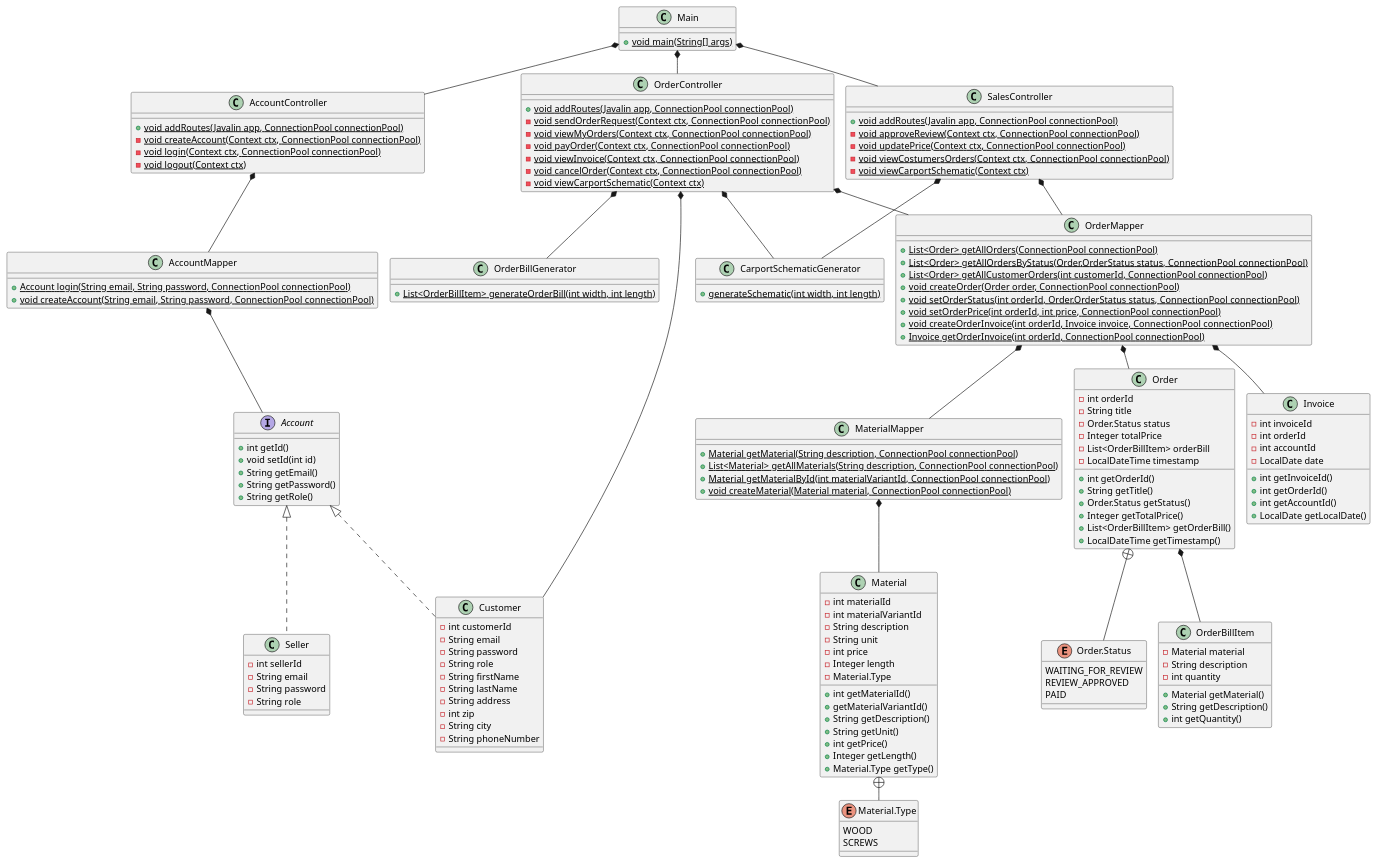
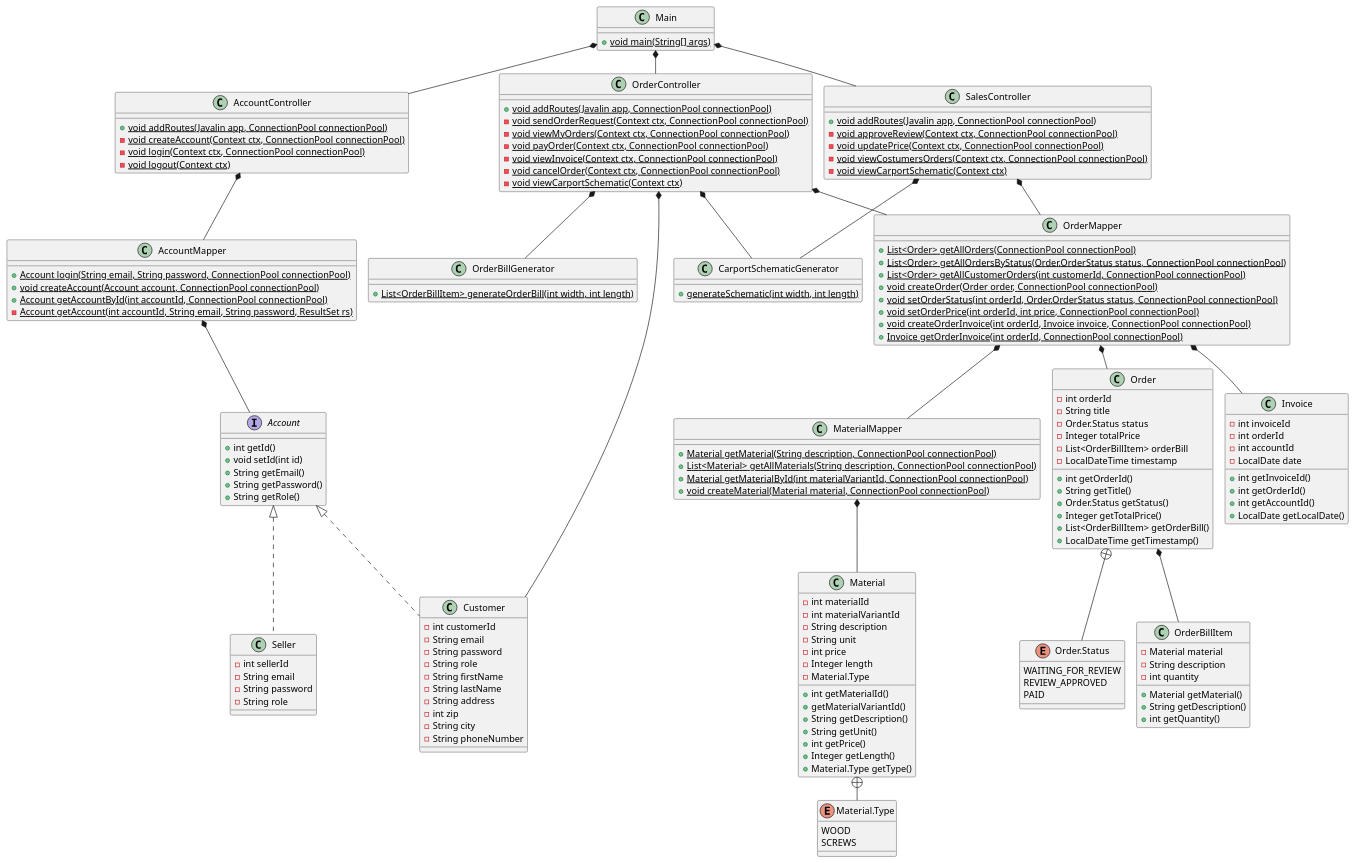
Before and after one commit to Shiihon/Dat2_Carport: the diagram in doc/static/class_diagrams/class_diagram1.puml, drawn with PlantUML.

Commit message:
Update class diagram

```diff
--- a/doc/static/class_diagrams/class_diagram1.puml
+++ b/doc/static/class_diagrams/class_diagram1.puml
@@ -1,185 +1,187 @@
 @startuml
 'https://plantuml.com/class-diagram
 !pragma layout smetana
 set separator none
 
 class Main {
     + {static} void main(String[] args)
 }
 
 class AccountController {
     + {static} void addRoutes(Javalin app, ConnectionPool connectionPool)
     - {static} void createAccount(Context ctx, ConnectionPool connectionPool)
     - {static} void login(Context ctx, ConnectionPool connectionPool)
     - {static} void logout(Context ctx)
 }
 
 class SalesController {
     + {static} void addRoutes(Javalin app, ConnectionPool connectionPool)
     - {static} void approveReview(Context ctx, ConnectionPool connectionPool)
     - {static} void updatePrice(Context ctx, ConnectionPool connectionPool)
     - {static} void viewCostumersOrders(Context ctx, ConnectionPool connectionPool)
     - {static} void viewCarportSchematic(Context ctx)
 }
 
 class OrderController {
     + {static} void addRoutes(Javalin app, ConnectionPool connectionPool)
     - {static} void sendOrderRequest(Context ctx, ConnectionPool connectionPool)
     - {static} void viewMyOrders(Context ctx, ConnectionPool connectionPool)
     - {static} void payOrder(Context ctx, ConnectionPool connectionPool)
     - {static} void viewInvoice(Context ctx, ConnectionPool connectionPool)
     - {static} void cancelOrder(Context ctx, ConnectionPool connectionPool)
     - {static} void viewCarportSchematic(Context ctx)
 }
 
 class AccountMapper {
     + {static} Account login(String email, String password, ConnectionPool connectionPool)
-    + {static} void createAccount(String email, String password, ConnectionPool connectionPool)
+    + {static} void createAccount(Account account, ConnectionPool connectionPool)
+    + {static} Account getAccountById(int accountId, ConnectionPool connectionPool)
+    - {static} Account getAccount(int accountId, String email, String password, ResultSet rs)
 }
 
 class OrderMapper {
     + {static} List<Order> getAllOrders(ConnectionPool connectionPool)
     + {static} List<Order> getAllOrdersByStatus(Order.OrderStatus status, ConnectionPool connectionPool)
     + {static} List<Order> getAllCustomerOrders(int customerId, ConnectionPool connectionPool)
     + {static} void createOrder(Order order, ConnectionPool connectionPool)
     + {static} void setOrderStatus(int orderId, Order.OrderStatus status, ConnectionPool connectionPool)
     + {static} void setOrderPrice(int orderId, int price, ConnectionPool connectionPool)
     + {static} void createOrderInvoice(int orderId, Invoice invoice, ConnectionPool connectionPool)
     + {static} Invoice getOrderInvoice(int orderId, ConnectionPool connectionPool)
 }
 
 class MaterialMapper {
     + {static} Material getMaterial(String description, ConnectionPool connectionPool)
     + {static} List<Material> getAllMaterials(String description, ConnectionPool connectionPool)
     + {static} Material getMaterialById(int materialVariantId, ConnectionPool connectionPool)
     + {static} void createMaterial(Material material, ConnectionPool connectionPool)
 }
 
 interface Account {
     + int getId()
     + void setId(int id)
     + String getEmail()
     + String getPassword()
     + String getRole()
 }
 
 class Seller implements Account {
     - int sellerId
     - String email
     - String password
     - String role
 }
 
 class Customer implements Account {
     - int customerId
     - String email
     - String password
     - String role
     - String firstName
     - String lastName
     - String address
     - int zip
     - String city
     - String phoneNumber
 }
 
 class CarportSchematicGenerator {
     + {static} generateSchematic(int width, int length)
 }
 
 class OrderBillGenerator {
     + {static} List<OrderBillItem> generateOrderBill(int width, int length)
 }
 
 class Order {
     - int orderId
     - String title
     - Order.Status status
     - Integer totalPrice
     - List<OrderBillItem> orderBill
     - LocalDateTime timestamp
 
     + int getOrderId()
     + String getTitle()
     + Order.Status getStatus()
     + Integer getTotalPrice()
     + List<OrderBillItem> getOrderBill()
     + LocalDateTime getTimestamp()
 }
 
 enum Order.Status {
     WAITING_FOR_REVIEW
     REVIEW_APPROVED
     PAID
 }
 
 class OrderBillItem {
     - Material material
     - String description
     - int quantity
 
     + Material getMaterial()
     + String getDescription()
     + int getQuantity()
 }
 
 class Invoice {
     - int invoiceId
     - int orderId
     - int accountId
     - LocalDate date
 
     + int getInvoiceId()
     + int getOrderId()
     + int getAccountId()
     + LocalDate getLocalDate()
 }
 
 class Material {
     - int materialId
     - int materialVariantId
     - String description
     - String unit
     - int price
     - Integer length
     - Material.Type
 
     + int getMaterialId()
     + getMaterialVariantId()
     + String getDescription()
     + String getUnit()
     + int getPrice()
     + Integer getLength()
     + Material.Type getType()
 }
 
 enum Material.Type {
     WOOD
     SCREWS
 }
 
 Main *-- AccountController
 Main *-- OrderController
 Main *-- SalesController
 
 AccountController *-- AccountMapper
 OrderController *-- OrderMapper
 SalesController *-- OrderMapper
 
 OrderController *-- CarportSchematicGenerator
 OrderController *-- OrderBillGenerator
 OrderController *-- Customer
 SalesController *-- CarportSchematicGenerator
 
 AccountMapper *-- Account
 OrderMapper *-- Order
 OrderMapper *-- Invoice
 OrderMapper *-- MaterialMapper
 MaterialMapper *-- Material
 
 Order *-- OrderBillItem
 Order +-- Order.Status
 
 Material +-- Material.Type
 
 @enduml
```
